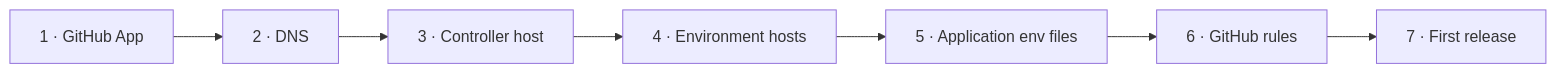
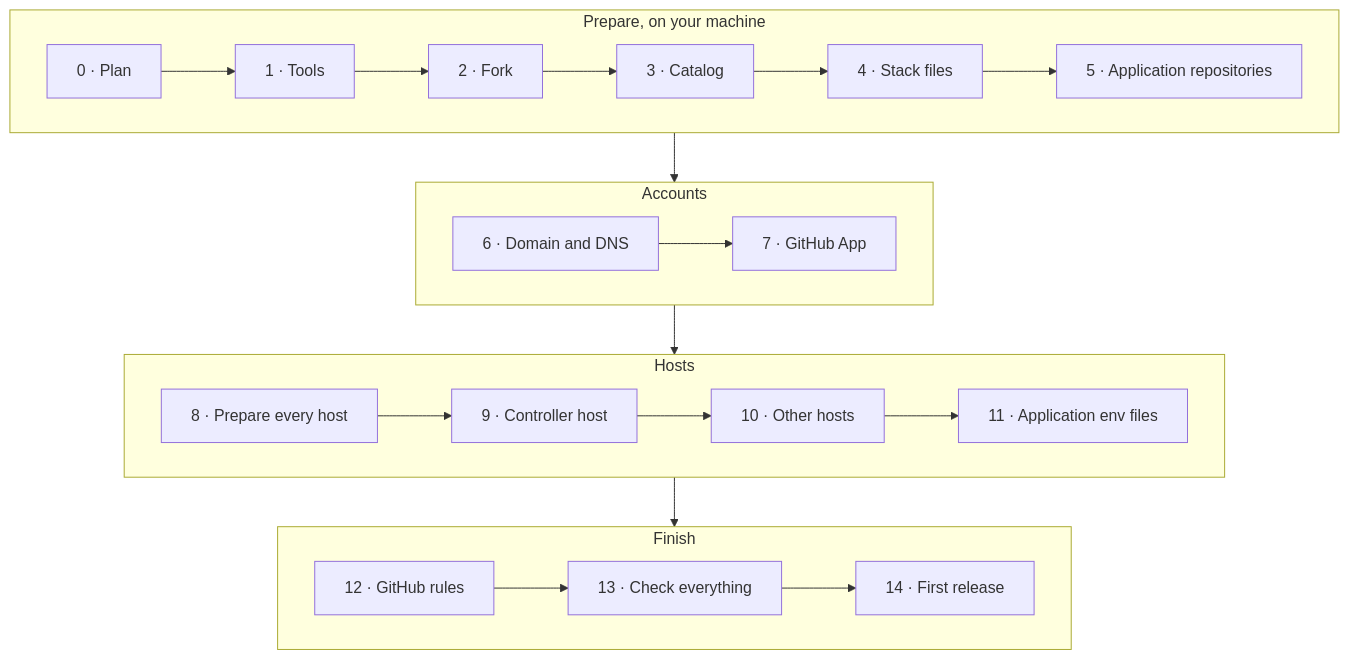
Before and after one commit to artur-rios/yggdrasil: the diagram in docs/setup.md, drawn with Mermaid. The commit also changed other lines of this file and 3 other files, not shown here.

````diff
--- a/docs/setup.md
+++ b/docs/setup.md
@@ -7,9 +8,16 @@
 ```mermaid
-flowchart LR
-    A[1 · GitHub App] --> B[2 · DNS]
-    B --> C[3 · Controller host]
-    C --> D[4 · Environment hosts]
-    D --> E[5 · Application env files]
-    E --> F[6 · GitHub rules]
-    F --> G[7 · First release]
+flowchart TB
+    subgraph prepare [Prepare, on your machine]
+        S0[0 · Plan] --> S1[1 · Tools] --> S2[2 · Fork] --> S3[3 · Catalog] --> S4[4 · Stack files] --> S5[5 · Application repositories]
+    end
+    subgraph accounts [Accounts]
+        S6[6 · Domain and DNS] --> S7[7 · GitHub App]
+    end
+    subgraph hosts [Hosts]
+        S8[8 · Prepare every host] --> S9[9 · Controller host] --> S10[10 · Other hosts] --> S11[11 · Application env files]
+    end
+    subgraph finish [Finish]
+        S12[12 · GitHub rules] --> S13[13 · Check everything] --> S14[14 · First release]
+    end
+    prepare --> accounts --> hosts --> finish
 ```
````
